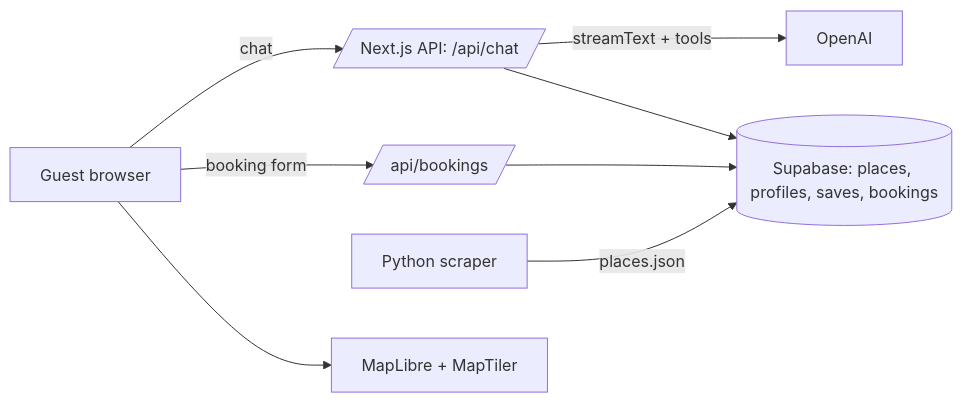
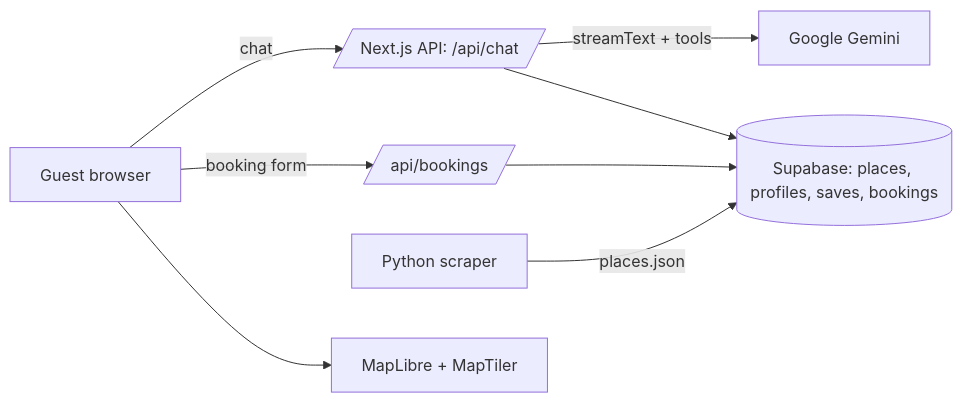
Before and after one commit to CuriousSensie/pearlclub-concierge: the diagram in README.md, drawn with Mermaid. The commit also changed other lines of this file and 5 other files, not shown here.

Commit message:
fix: immutable search_text column; feat: switch to gemini

````diff
--- a/README.md
+++ b/README.md
@@ -19,9 +19,9 @@
 ```mermaid
 flowchart LR
   U[Guest browser] -->|chat| API[/Next.js API: /api/chat/]
-  API -->|streamText + tools| LLM[OpenAI]
+  API -->|streamText + tools| LLM[Google Gemini]
   API --> DB[(Supabase: places, profiles, saves, bookings)]
   U -->|booking form| BK[/api/bookings/] --> DB
   SC[Python scraper] -->|places.json| DB
   U --> MAP[MapLibre + MapTiler]
 ```
````
